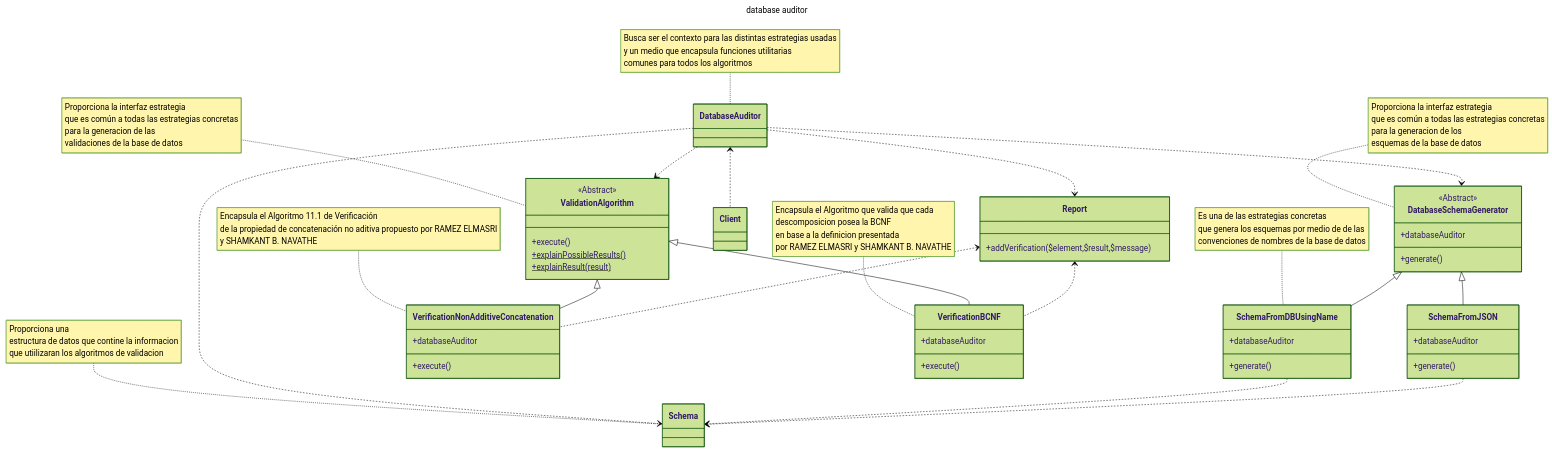
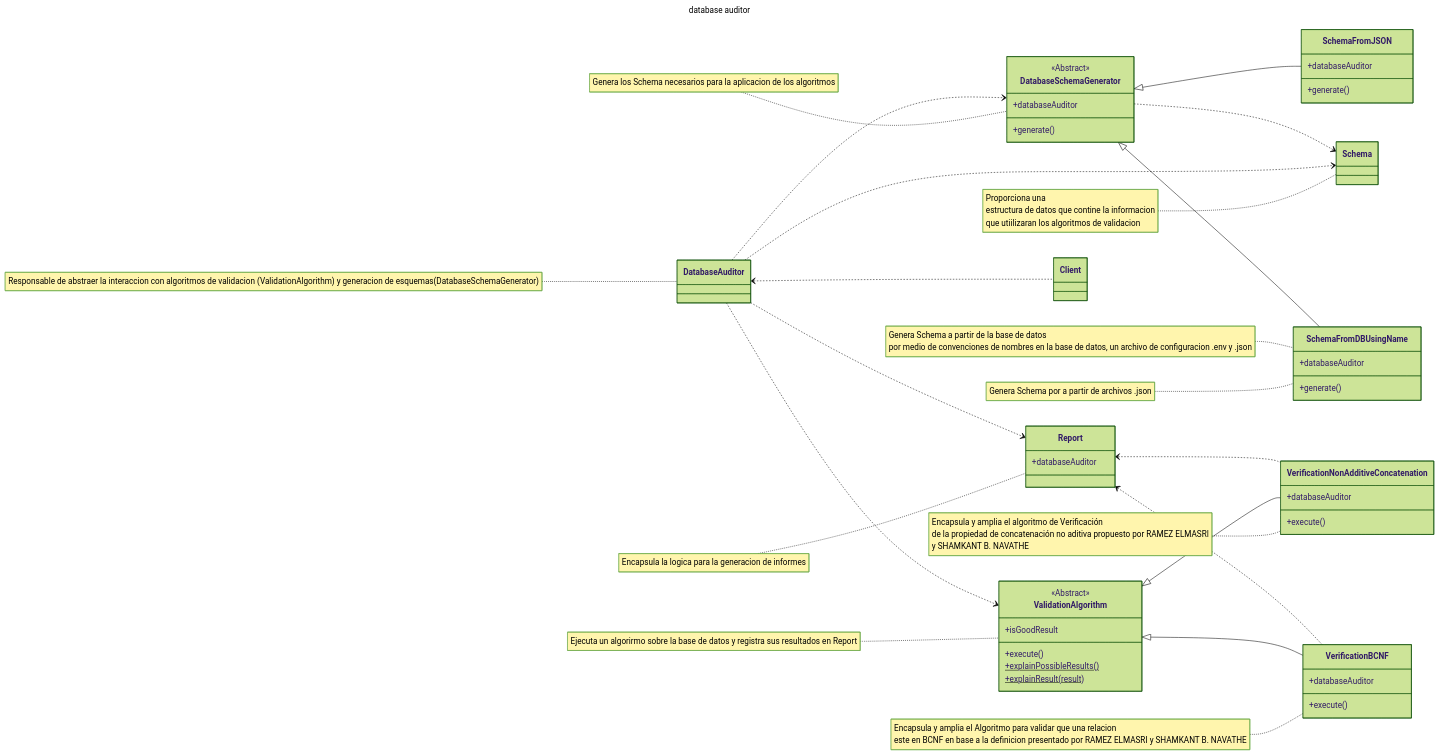
Before and after one commit to israeldavidvm/database-auditor: the first of 3 diagrams in README.md, drawn with Mermaid (forest theme). The commit also changed other lines of this file and 10 other files, not shown here.

Commit message:
refactor: :recycle: Refactorizacion del codigo y mejora del diagrama de clases de la documentacion

````diff
--- a/README.md
+++ b/README.md
@@ -557,109 +558,83 @@
 title: database auditor
 ---
 classDiagram
-    
-    class DatabaseAuditor{
-    
+direction LR
+    class DatabaseAuditor {
     }
 
-    note for DatabaseAuditor "Busca ser el contexto para las distintas estrategias usadas
-    y un medio que encapsula funciones utilitarias 
-    comunes para todos los algoritmos"
+    class DatabaseSchemaGenerator {
+	    +databaseAuditor
+	    +generate()
+    }
+
+    class Report {
+	    +databaseAuditor
+    }
+
+    class Schema {
+    }
+
+    class SchemaFromDBUsingName {
+	    +databaseAuditor
+	    +generate()
+    }
+
+    class SchemaFromJSON {
+	    +databaseAuditor
+	    +generate()
+    }
+
+    class ValidationAlgorithm {
+	    +isGoodResult
+	    +execute()
+	    +explainPossibleResults()$
+	    +explainResult(result)$
+    }
+
+    class VerificationNonAdditiveConcatenation {
+	    +databaseAuditor
+	    +execute()
+    }
+
+    class VerificationBCNF {
+	    +databaseAuditor
+	    +execute()
+    }
+
+    class Client {
+    }
+
+	<<Abstract>> DatabaseSchemaGenerator
+	<<Abstract>> ValidationAlgorithm
+
+	note for DatabaseAuditor "Responsable de abstraer la interaccion con algoritmos de validacion (ValidationAlgorithm) y generacion de esquemas(DatabaseSchemaGenerator)"
+	note for DatabaseSchemaGenerator "Genera los Schema necesarios para la aplicacion de los algoritmos"
+	note for SchemaFromDBUsingName "Genera Schema por a partir de archivos .json"
+	note for SchemaFromDBUsingName "Genera Schema a partir de la base de datos 
+    por medio de convenciones de nombres en la base de datos, un archivo de configuracion .env y .json"
+	note for Schema "Proporciona una 
+    estructura de datos que contine la informacion
+    que utiilizaran los algoritmos de validacion"
+	note for ValidationAlgorithm "Ejecuta un algorirmo sobre la base de datos y registra sus resultados en Report"
+	note for VerificationNonAdditiveConcatenation "Encapsula y amplia el algoritmo de Verificación 
+    de la propiedad de concatenación no aditiva propuesto por RAMEZ ELMASRI 
+    y SHAMKANT B. NAVATHE"
+	note for VerificationBCNF "Encapsula y amplia el Algoritmo para validar que una relacion
+    este en BCNF en base a la definicion presentado por RAMEZ ELMASRI y SHAMKANT B. NAVATHE"
+	note for Report "Encapsula la logica para la generacion de informes"
 
     DatabaseAuditor ..> DatabaseSchemaGenerator
     DatabaseAuditor ..> Report
     DatabaseAuditor ..> Schema
+    DatabaseSchemaGenerator <|-- SchemaFromDBUsingName
+    DatabaseSchemaGenerator <|-- SchemaFromJSON
+    DatabaseSchemaGenerator ..> Schema
+    DatabaseAuditor ..> ValidationAlgorithm
+    ValidationAlgorithm <|-- VerificationNonAdditiveConcatenation
+    ValidationAlgorithm <|-- VerificationBCNF
+    Report <.. VerificationNonAdditiveConcatenation
+    Report <.. VerificationBCNF
+    DatabaseAuditor <.. Client
 
 
-    class DatabaseSchemaGenerator{
-        <<Abstract>>
-        +databaseAuditor
-        +generate()
-    }
-
-    note for DatabaseSchemaGenerator "Proporciona la interfaz estrategia 
-    que es común a todas las estrategias concretas 
-    para la generacion de los 
-    esquemas de la base de datos"
-
-    DatabaseSchemaGenerator <|-- SchemaFromDBUsingName
-    DatabaseSchemaGenerator <|-- SchemaFromJSON 
-    
-
-    class Schema{
-
-    }
-
-    class SchemaFromJSON{
-        +databaseAuditor
-        +generate()
-    }
-
-    class SchemaFromDBUsingName{
-        +databaseAuditor
-        +generate()
-    }
-
-    SchemaFromDBUsingName ..> Schema
-    SchemaFromJSON ..> Schema
-
-    note for Schema "Proporciona una 
-    estructura de datos que contine la informacion
-    que utiilizaran los algoritmos de validacion"
-
-
-    note for SchemaFromDBUsingName "Es una de las estrategias concretas 
-    que genera los esquemas por medio de de las 
-    convenciones de nombres de la base de datos"
-
-    DatabaseAuditor ..> ValidationAlgorithm
-
-    note for ValidationAlgorithm "Proporciona la interfaz estrategia 
-    que es común a todas las estrategias concretas 
-    para la generacion de las 
-    validaciones de la base de datos"
-
-    class ValidationAlgorithm{
-        <<Abstract>>
-        +execute()
-        +explainPossibleResults()$
-        +explainResult(result)$
-    }
-
-    ValidationAlgorithm <|-- VerificationNonAdditiveConcatenation
-    ValidationAlgorithm <|-- VerificationBCNF
-
-    Report <.. VerificationNonAdditiveConcatenation
-    Report <.. VerificationBCNF
-
-    class Report{
-        +addVerification($element,$result,$message)
-    }
-
-    class VerificationNonAdditiveConcatenation{
-        +databaseAuditor
-        +execute()
-    }
-
-
-    note for VerificationNonAdditiveConcatenation "Encapsula el Algoritmo 11.1 de Verificación 
-de la propiedad de concatenación no aditiva propuesto por RAMEZ ELMASRI 
-y SHAMKANT B. NAVATHE"
-
-    class VerificationBCNF{
-        +databaseAuditor
-        +execute()
-    }
-
-    note for VerificationBCNF "Encapsula el Algoritmo que valida que cada 
-    descomposicion posea la BCNF 
-    en base a la definicion presentada 
-    por RAMEZ ELMASRI y SHAMKANT B. NAVATHE"
-
-    DatabaseAuditor <.. Client
-
-    class Client{
-
-    }
-
 ```
````
